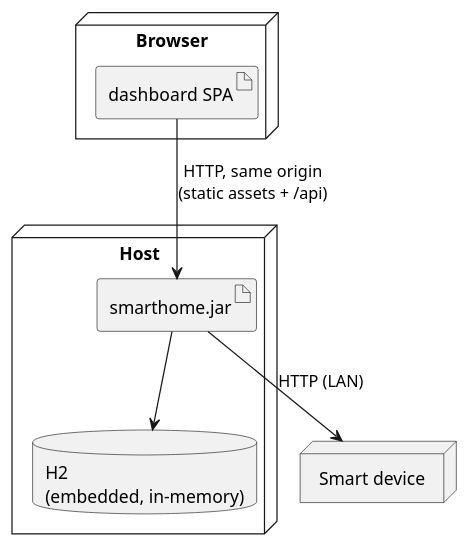
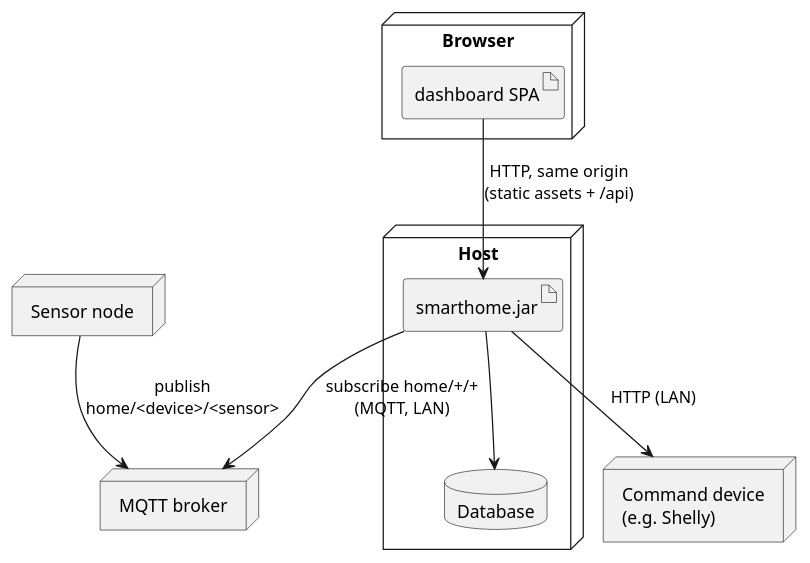
The diagram in docs/modules/ROOT/pages/07-deployment-view.adoc (FelixGeisler/SmartHome), drawn with PlantUML before and after one commit. The commit also changed other lines of this file and 15 other files, not shown here.

```diff
--- a/docs/modules/ROOT/pages/07-deployment-view.adoc
+++ b/docs/modules/ROOT/pages/07-deployment-view.adoc
@@ -3,16 +8,20 @@
 [plantuml,deployment,svg]
 ----
 @startuml
 node "Browser" {
   artifact "dashboard SPA" as spa
 }
 node "Host" {
   artifact "smarthome.jar" as app
-  database "H2\n(embedded, in-memory)" as h2
-  app --> h2
+  database "Database" as db
+  app --> db
 }
-node "Smart device" as dev
+node "Command device\n(e.g. Shelly)" as plug
+node "MQTT broker" as broker
+node "Sensor node" as sensor
 spa --> app : HTTP, same origin\n(static assets + /api)
-app --> dev : HTTP (LAN)
+app --> plug : HTTP (LAN)
+sensor --> broker : publish\nhome/<device>/<sensor>
+app --> broker : subscribe home/+/+\n(MQTT, LAN)
 @enduml
 ----
```
